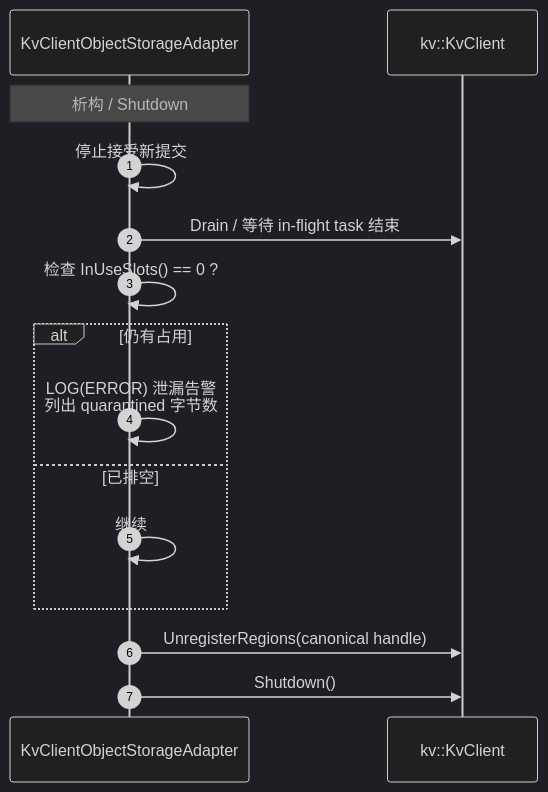
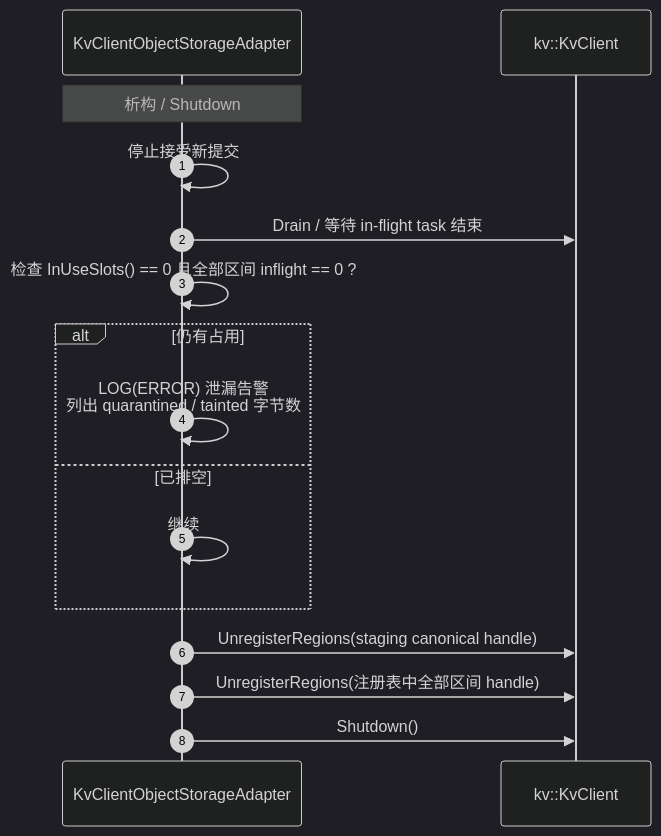
Diagram 13 of 13 in Mooncake + KVClient L3 接入（Kvcs）- v3.md (zwj20000328-dotcom/Mooncake-documents), drawn with Mermaid (dark theme) before and after one commit. The commit also changed other lines of this file, not shown here.

````diff
--- a/Mooncake + KVClient L3 接入（Kvcs）- v3.md
+++ b/Mooncake + KVClient L3 接入（Kvcs）- v3.md
@@ -766,18 +796,19 @@
 ```mermaid
 sequenceDiagram
     autonumber
     participant AD as KvClientObjectStorageAdapter
     participant SDK as kv::KvClient
 
     Note over AD: 析构 / Shutdown
     AD->>AD: 停止接受新提交
     AD->>SDK: Drain / 等待 in-flight task 结束
-    AD->>AD: 检查 InUseSlots() == 0 ?
+    AD->>AD: 检查 InUseSlots() == 0 且全部区间 inflight == 0 ?
     alt 仍有占用
-        AD->>AD: LOG(ERROR) 泄漏告警<br/>列出 quarantined 字节数
+        AD->>AD: LOG(ERROR) 泄漏告警<br/>列出 quarantined / tainted 字节数
     else 已排空
         AD->>AD: 继续
     end
-    AD->>SDK: UnregisterRegions(canonical handle)
+    AD->>SDK: UnregisterRegions(staging canonical handle)
+    AD->>SDK: UnregisterRegions(注册表中全部区间 handle)
     AD->>SDK: Shutdown()
 ```
````
